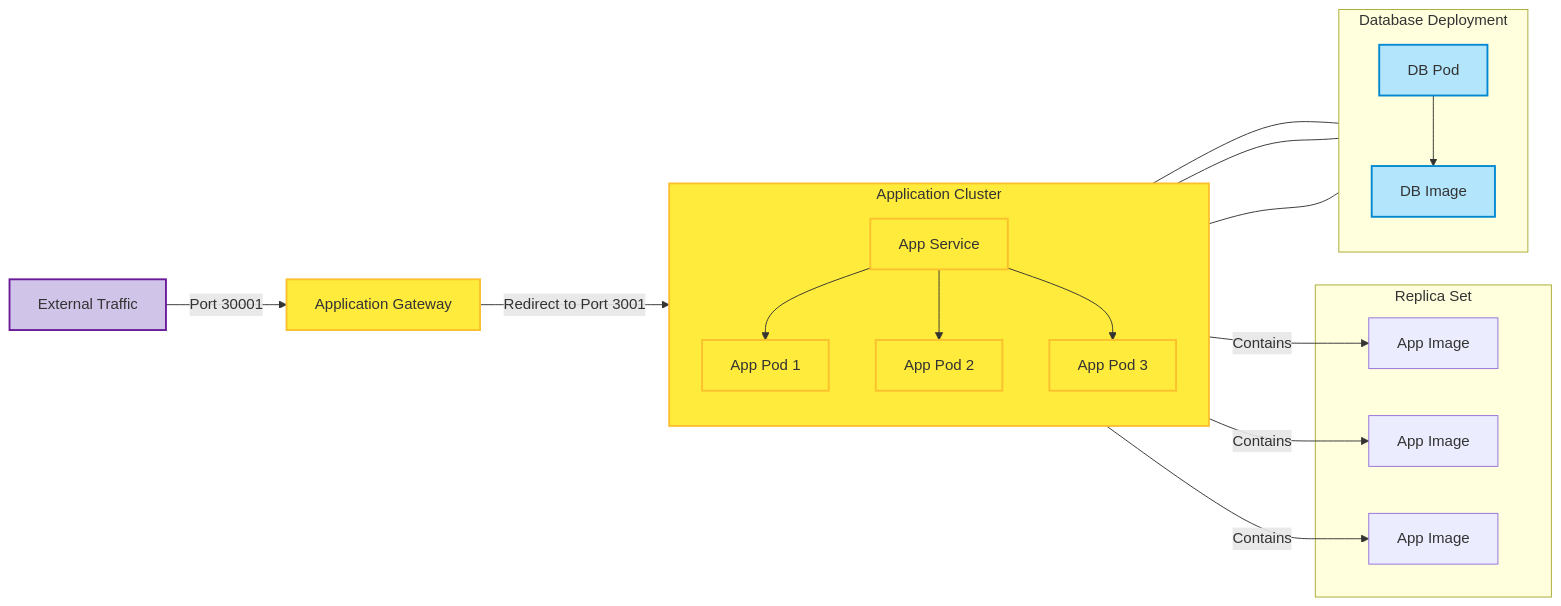
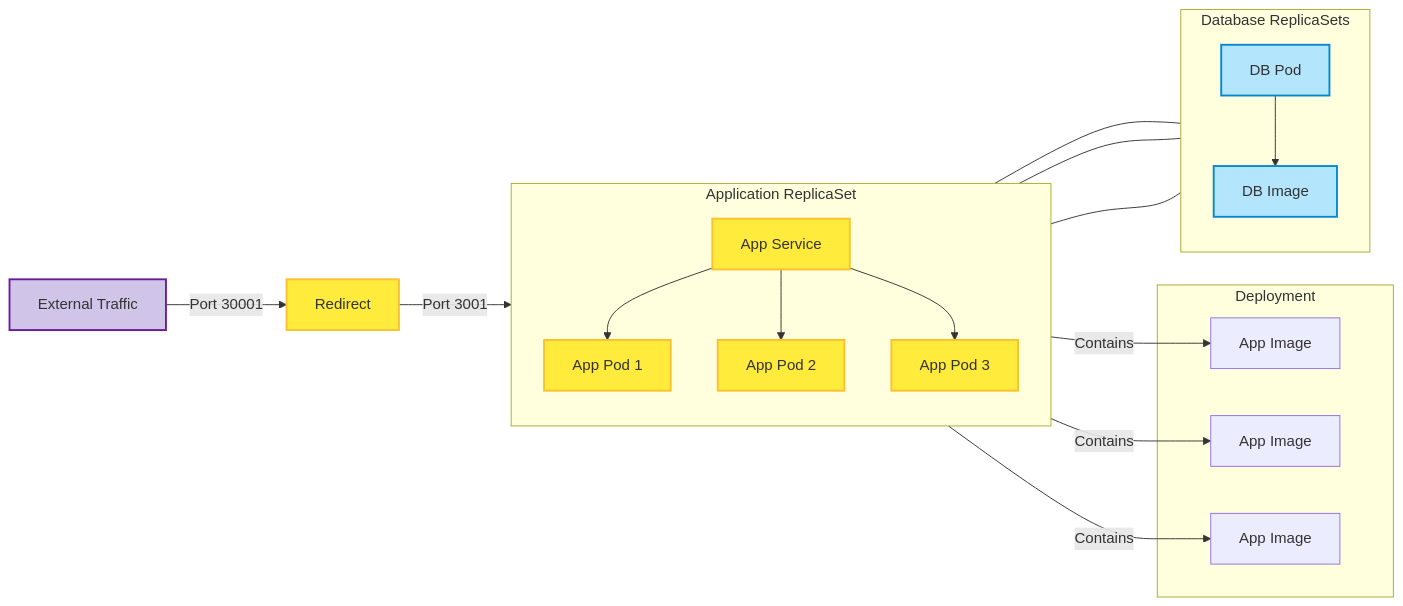
Before and after one commit to PriyanSappal/tech264-docker-k8s: the diagram in Kubernetes/README.md, drawn with Mermaid.

Commit message:
changes to diagram

````diff
--- a/Kubernetes/README.md
+++ b/Kubernetes/README.md
@@ -86,45 +86,45 @@
 ```mermaid
 flowchart LR
     %% External Traffic Flow
-    A[External Traffic] -->|Port 30001| B[Application Gateway]
-    B -->|Redirect to Port 3001| C[App Service]
+    A[External Traffic] -->|Port 30001| B[Redirect]
+    B -->|Port 3001| C[App Service]
 
     %% App Deployment and Pods
-    subgraph App_Cluster[Application Cluster]
+    subgraph App_Deployment[Application ReplicaSet]
         direction TB
         C --> D1[App Pod 1]
         C --> D2[App Pod 2]
         C --> D3[App Pod 3]
     end
 
-    %% ReplicaSets
-    subgraph Replica_Sets[Replica Set]
+    %% Deployment
+    subgraph Deployment[Deployment]
         D1 -->|Contains| E1[App Image]
         D2 -->|Contains| E2[App Image]
         D3 -->|Contains| E3[App Image]
     end
 
-    %% Database Deployment
-    subgraph Database_Deployment[Database Deployment]
+    %% Database ReplicaSets
+    subgraph Database_ReplicaSets[Database ReplicaSets]
         direction TB
         F1[DB Pod] --> G[DB Image]
     end
 
     %% Data Transfer Between App and DB
     D1 --- G
     D2 --- G
     D3 --- G
 
     %% Labels and Styling
     classDef purple fill:#D1C4E9,stroke:#6A1B9A,stroke-width:2px;
     classDef yellow fill:#FFEB3B,stroke:#FBC02D,stroke-width:2px;
     classDef blue fill:#B3E5FC,stroke:#0288D1,stroke-width:2px;
     
     class A purple
     class B,C yellow
     class App_Cluster yellow
     class D1,D2,D3 yellow
     class Replica_Group yellow
     class F1,G blue
     class Database_Cluster blue
 ```
````
